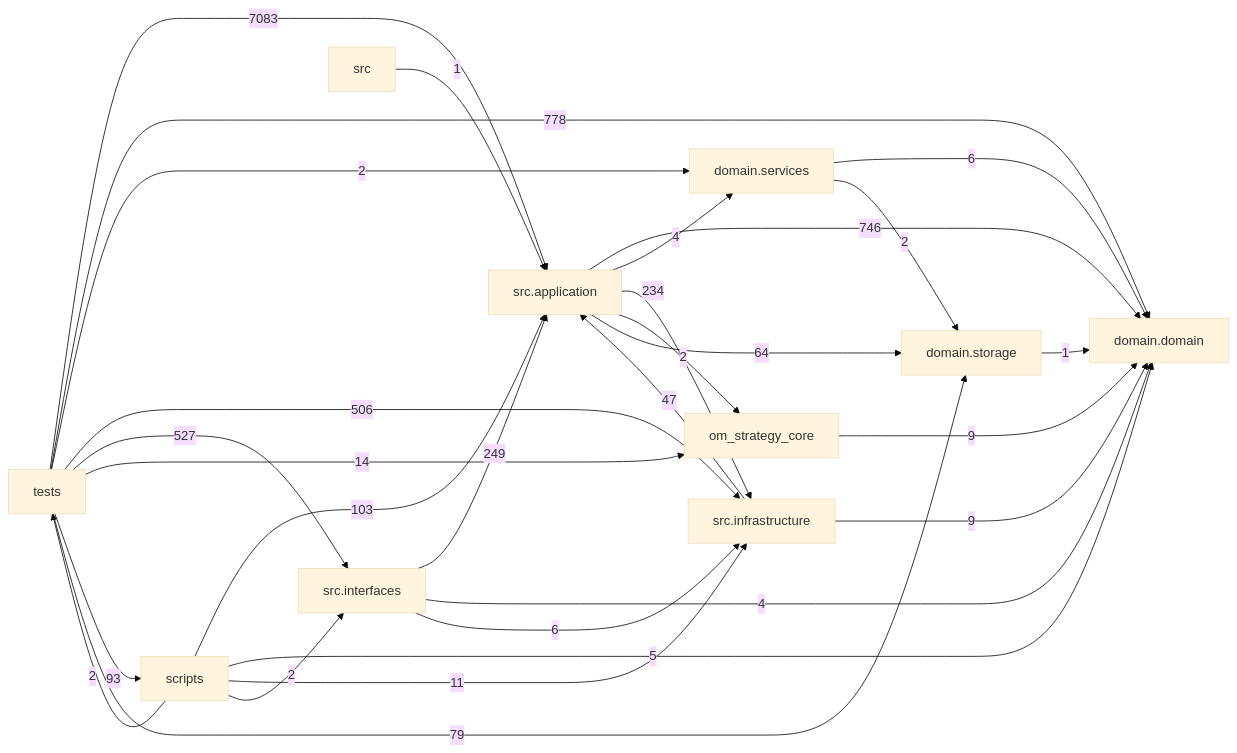
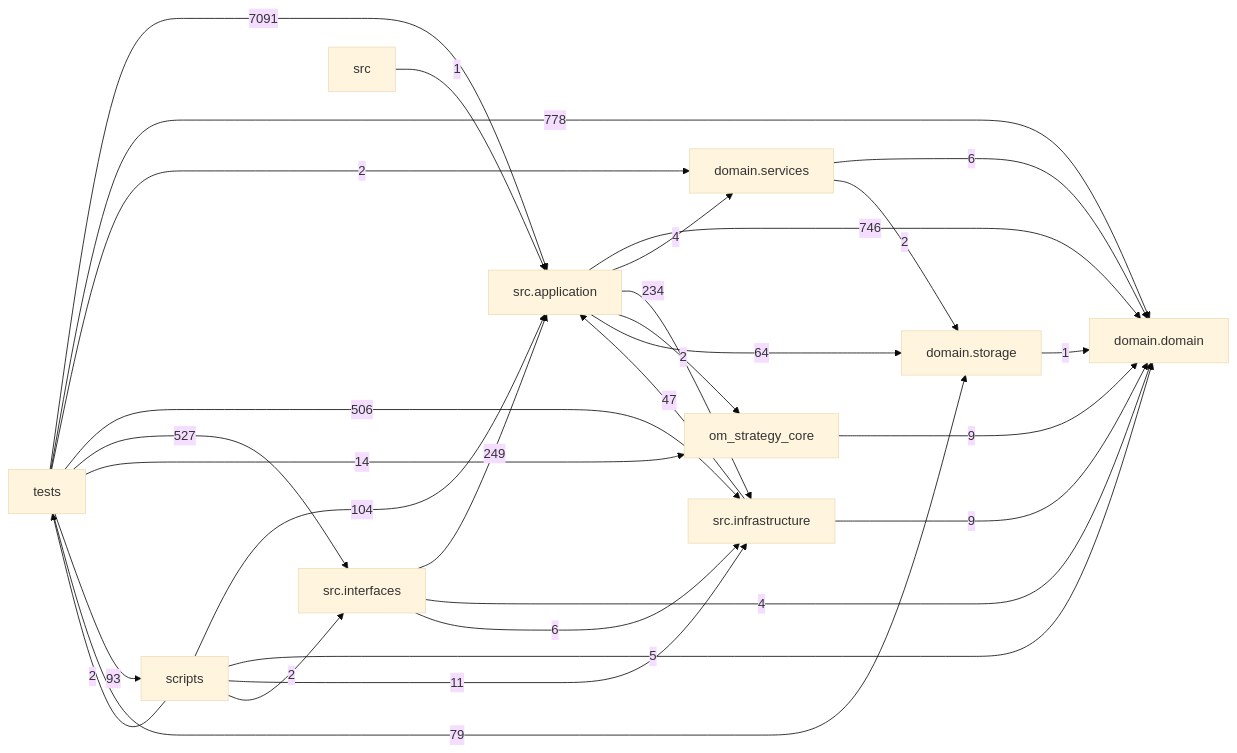
The diagram in docs/DEPENDENCY_GRAPH.md (liuxie066/options-monitor), drawn with Mermaid (base theme) before and after one commit. The commit also changed other lines of this file and 10 other files, not shown here.

````diff
--- a/docs/DEPENDENCY_GRAPH.md
+++ b/docs/DEPENDENCY_GRAPH.md
@@ -24,39 +24,39 @@
 ```mermaid
 flowchart LR
   tests["tests"]
   scripts["scripts"]
   interfaces["src.interfaces"]
   application["src.application"]
   infrastructure["src.infrastructure"]
   domain_services["domain.services"]
   domain["domain.domain"]
   storage["domain.storage"]
   application -->|746| domain
   application -->|4| domain_services
   application -->|234| infrastructure
   application -->|2| om_strategy_core
   application -->|64| storage
   domain_services -->|6| domain
   domain_services -->|2| storage
   infrastructure -->|47| application
   infrastructure -->|9| domain
   interfaces -->|249| application
   interfaces -->|4| domain
   interfaces -->|6| infrastructure
   om_strategy_core -->|9| domain
-  scripts -->|103| application
+  scripts -->|104| application
   scripts -->|5| domain
   scripts -->|11| infrastructure
   scripts -->|2| interfaces
   scripts -->|2| tests
   src -->|1| application
   storage -->|1| domain
-  tests -->|7083| application
+  tests -->|7091| application
   tests -->|778| domain
   tests -->|2| domain_services
   tests -->|506| infrastructure
   tests -->|527| interfaces
   tests -->|14| om_strategy_core
   tests -->|93| scripts
   tests -->|79| storage
 ```
````
